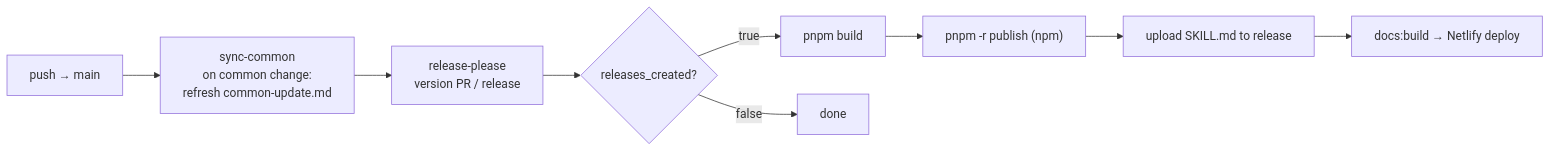
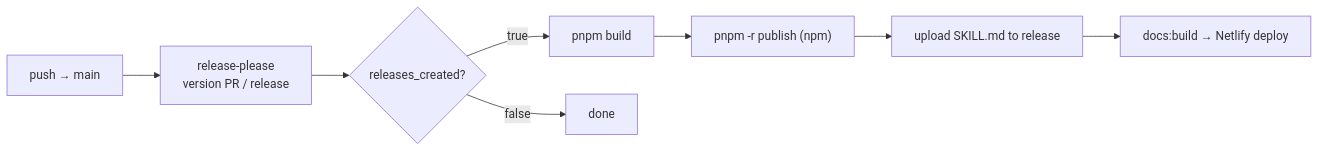
One commit to jl917/mcp-kit changed the fourth of 4 diagrams in apps/site/docs/03-architecture.md. Above: the diagram before and after it, drawn with Mermaid. The commit also changed 6 other files, not shown here.

````diff
--- a/apps/site/docs/03-architecture.md
+++ b/apps/site/docs/03-architecture.md
@@ -172,11 +172,10 @@
 ```mermaid
 flowchart LR
-    Push["push → main"] --> S["sync-common<br/>on common change:<br/>refresh common-update.md"]
-    S --> RP["release-please<br/>version PR / release"]
+    Push["push → main"] --> RP["release-please<br/>version PR / release"]
     RP --> Pub{"releases_created?"}
     Pub -->|true| Build["pnpm build"]
     Build --> Npm["pnpm -r publish (npm)"]
     Npm --> Asset["upload SKILL.md to release"]
     Asset --> Docs["docs:build → Netlify deploy"]
     Pub -->|false| End["done"]
 ```
````
